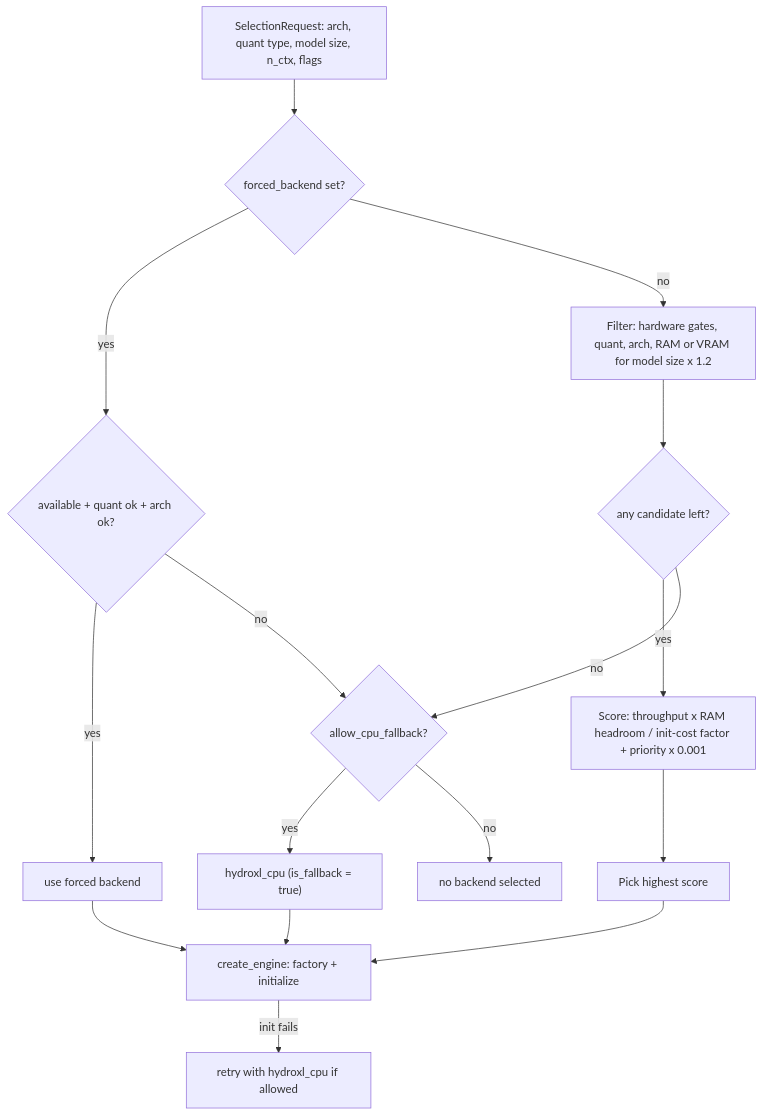
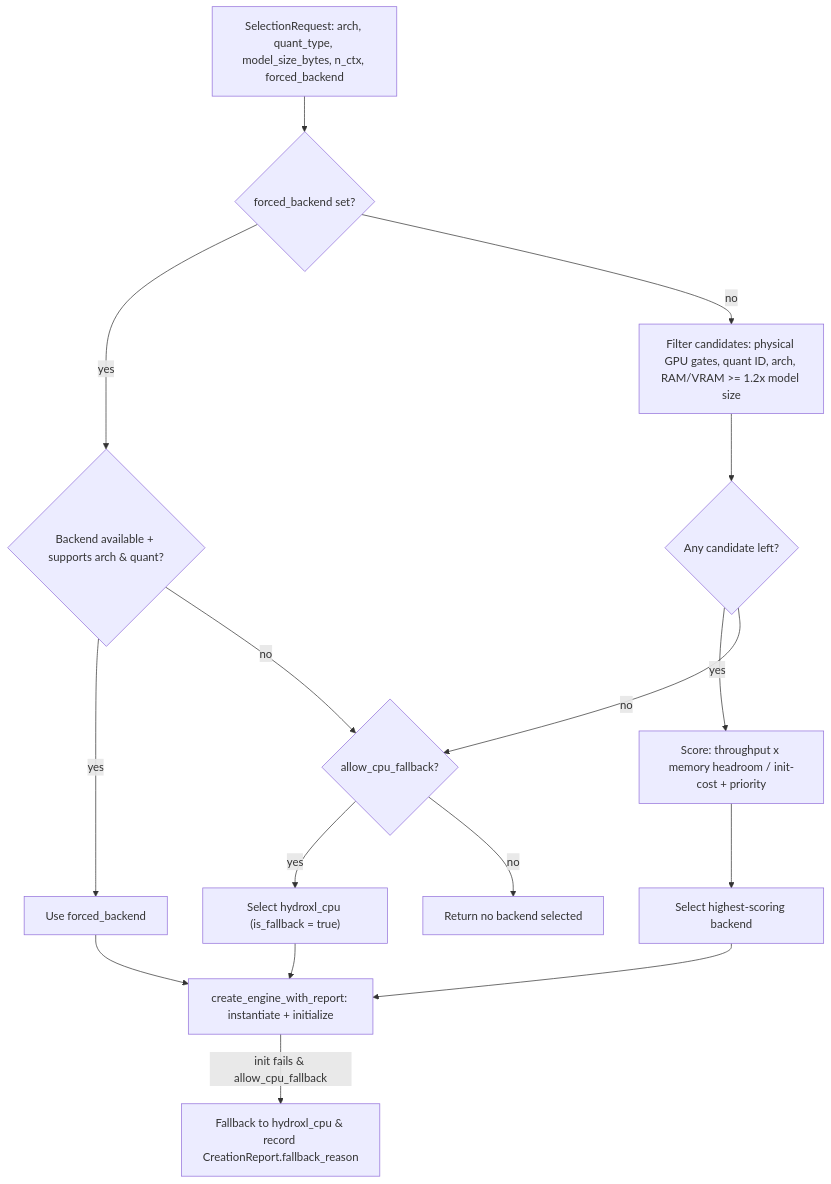
One commit to Deep455-16/HeteroAccel changed the second of 2 diagrams in README.md. Above: the diagram before and after it, drawn with Mermaid. The commit also changed other lines of this file and 8 other files, not shown here.

````diff
--- a/README.md
+++ b/README.md
@@ -136,18 +358,18 @@
 ```mermaid
 flowchart TD
-    A["SelectionRequest: arch, quant type, model size, n_ctx, flags"] --> B{"forced_backend set?"}
-    B -- yes --> C{"available + quant ok + arch ok?"}
-    C -- yes --> Z["use forced backend"]
+    A["SelectionRequest: arch, quant_type, model_size_bytes, n_ctx, forced_backend"] --> B{"forced_backend set?"}
+    B -- yes --> C{"Backend available + supports arch & quant?"}
+    C -- yes --> Z["Use forced_backend"]
     C -- no --> F
-    B -- no --> D["Filter: hardware gates, quant, arch, RAM or VRAM for model size x 1.2"]
-    D --> E{"any candidate left?"}
-    E -- yes --> S["Score: throughput x RAM headroom / init-cost factor + priority x 0.001"]
-    S --> P["Pick highest score"]
+    B -- no --> D["Filter candidates: physical GPU gates, quant ID, arch, RAM/VRAM >= 1.2x model size"]
+    D --> E{"Any candidate left?"}
+    E -- yes --> S["Score: throughput x memory headroom / init-cost + priority"]
+    S --> P["Select highest-scoring backend"]
     E -- no --> F{"allow_cpu_fallback?"}
-    F -- yes --> G["hydroxl_cpu (is_fallback = true)"]
-    F -- no --> H["no backend selected"]
-    P --> I["create_engine: factory + initialize"]
+    F -- yes --> G["Select hydroxl_cpu (is_fallback = true)"]
+    F -- no --> H["Return no backend selected"]
+    P --> I["create_engine_with_report: instantiate + initialize"]
     Z --> I
     G --> I
-    I -- init fails --> J["retry with hydroxl_cpu if allowed"]
+    I -- "init fails & allow_cpu_fallback" --> J["Fallback to hydroxl_cpu & record CreationReport.fallback_reason"]
 ```
````
